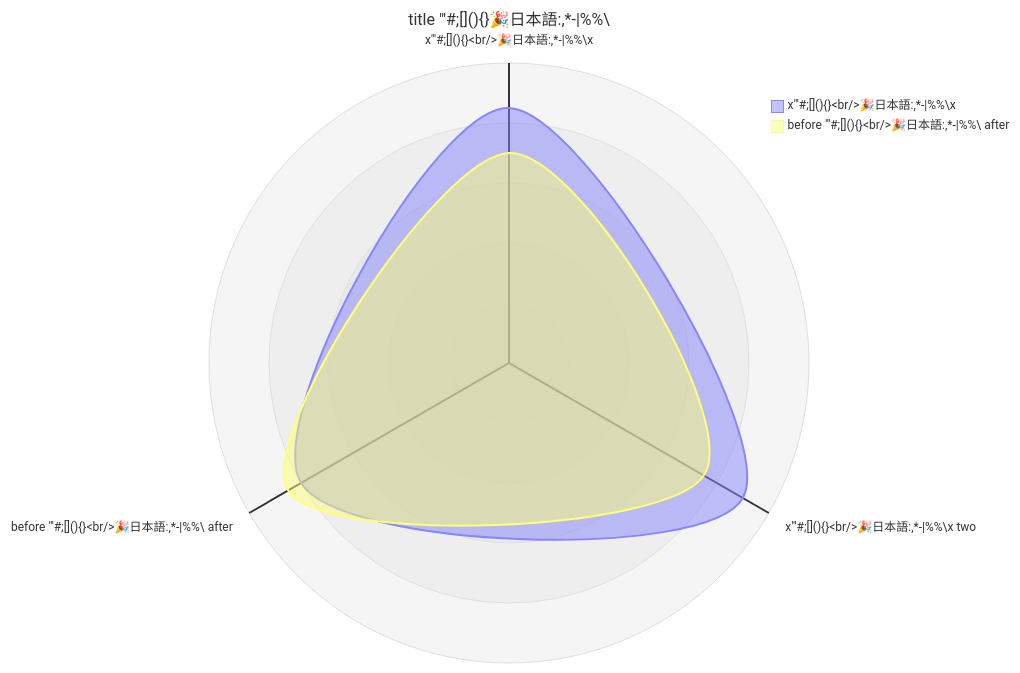
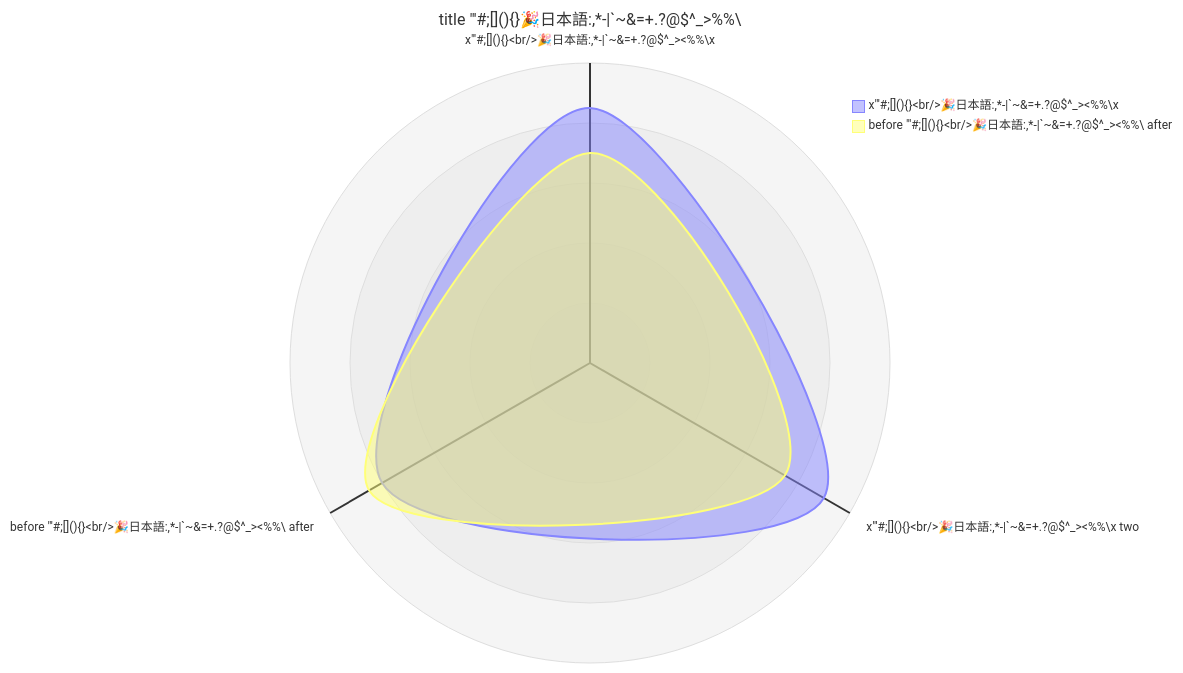
Before and after one commit to nao1215/markdown: the diagram in doc/edgecase/radar.md, drawn with Mermaid. The commit also changed other lines of this file and 86 other files, not shown here.

First line of the commit message:
fix(mermaid): escape the labels the extended probe set found unreadable (#188)

````diff
--- a/doc/edgecase/radar.md
+++ b/doc/edgecase/radar.md
@@ -5,11 +5,11 @@
 ```mermaid
 ---
-title: "title \"'#;[](){}🎉日本語:,*-|%%\\"
+title: "title \"'#;[](){}🎉日本語:,*-|`~&=+.?@$^_>%%\\"
 ---
 radar-beta
-  axis a1["x\"'#;[](){}<br/>🎉日本語:,*-|%%\\x"], a2["x\"'#;[](){}<br/>🎉日本語:,*-|%%\\x two"], a3["before \"'#;[](){}<br/>🎉日本語:,*-|%%\\ after"]
-  curve c1["x\"'#;[](){}<br/>🎉日本語:,*-|%%\\x"]{85, 90, 80}
-  curve c2["before \"'#;[](){}<br/>🎉日本語:,*-|%%\\ after"]{70, 75, 85}
+  axis a1["x\"'#;[](){}<br/>🎉日本語:,*-|`~&=+.?@$^_><%%\\x"], a2["x\"'#;[](){}<br/>🎉日本語:,*-|`~&=+.?@$^_><%%\\x two"], a3["before \"'#;[](){}<br/>🎉日本語:,*-|`~&=+.?@$^_><%%\\ after"]
+  curve c1["x\"'#;[](){}<br/>🎉日本語:,*-|`~&=+.?@$^_><%%\\x"]{85, 90, 80}
+  curve c2["before \"'#;[](){}<br/>🎉日本語:,*-|`~&=+.?@$^_><%%\\ after"]{70, 75, 85}
   max 100
   min 0
 ```
````
